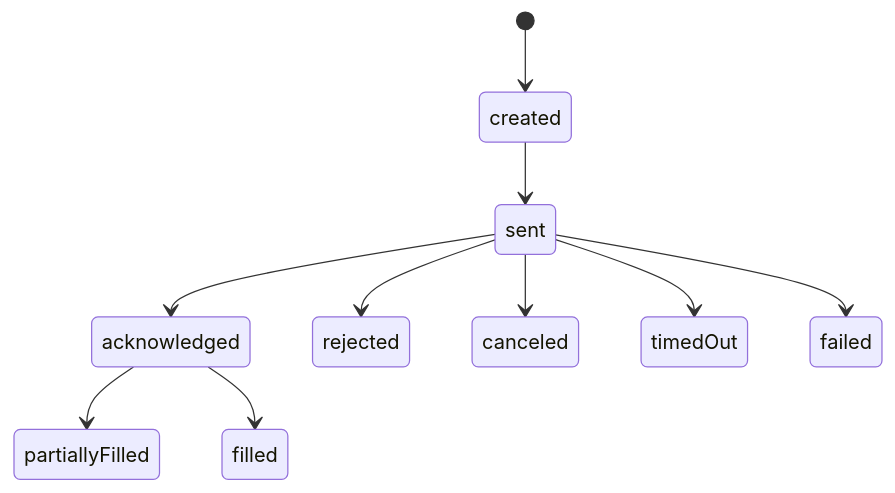
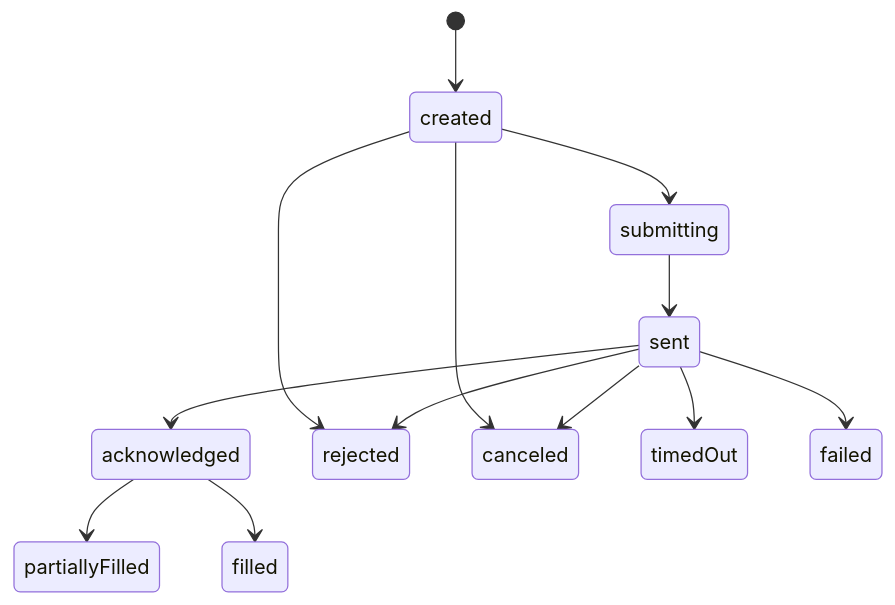
One commit to brev77/Arbibot-2 changed the third of 3 diagrams in docs/state-machines.md. Above: the diagram before and after it, drawn with Mermaid. The commit also changed other lines of this file and 22 other files, not shown here.

````diff
--- a/docs/state-machines.md
+++ b/docs/state-machines.md
@@ -41,12 +60,15 @@
 ```mermaid
 stateDiagram-v2
   [*] --> created
-  created --> sent
+  created --> submitting
+  submitting --> sent
   sent --> acknowledged
   acknowledged --> partiallyFilled
   acknowledged --> filled
+  created --> rejected
+  created --> canceled
   sent --> rejected
   sent --> canceled
   sent --> timedOut
   sent --> failed
 ```
````
